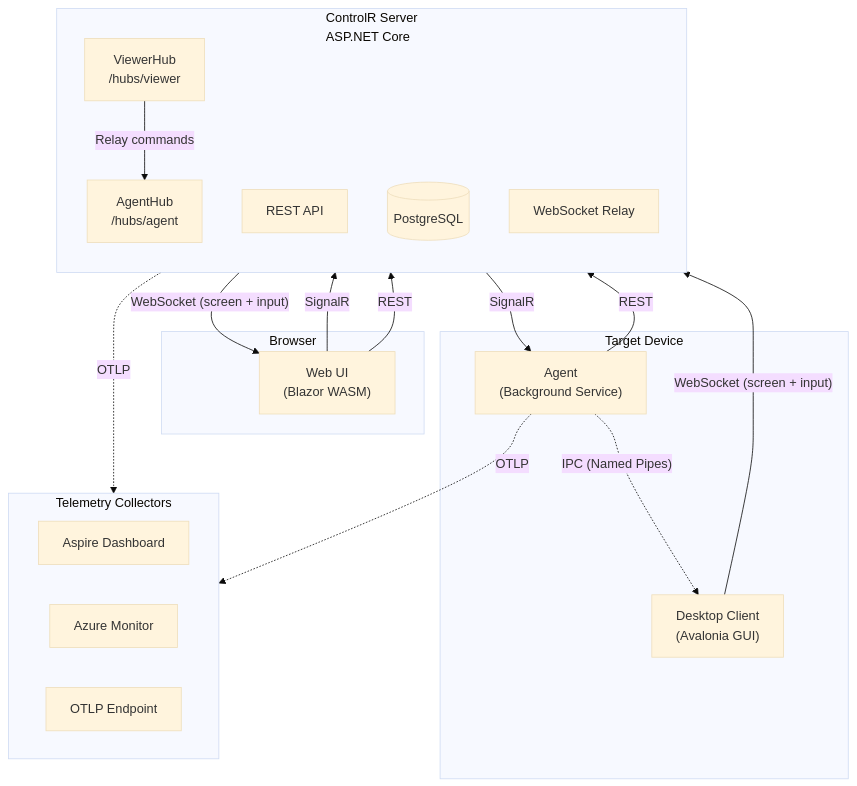
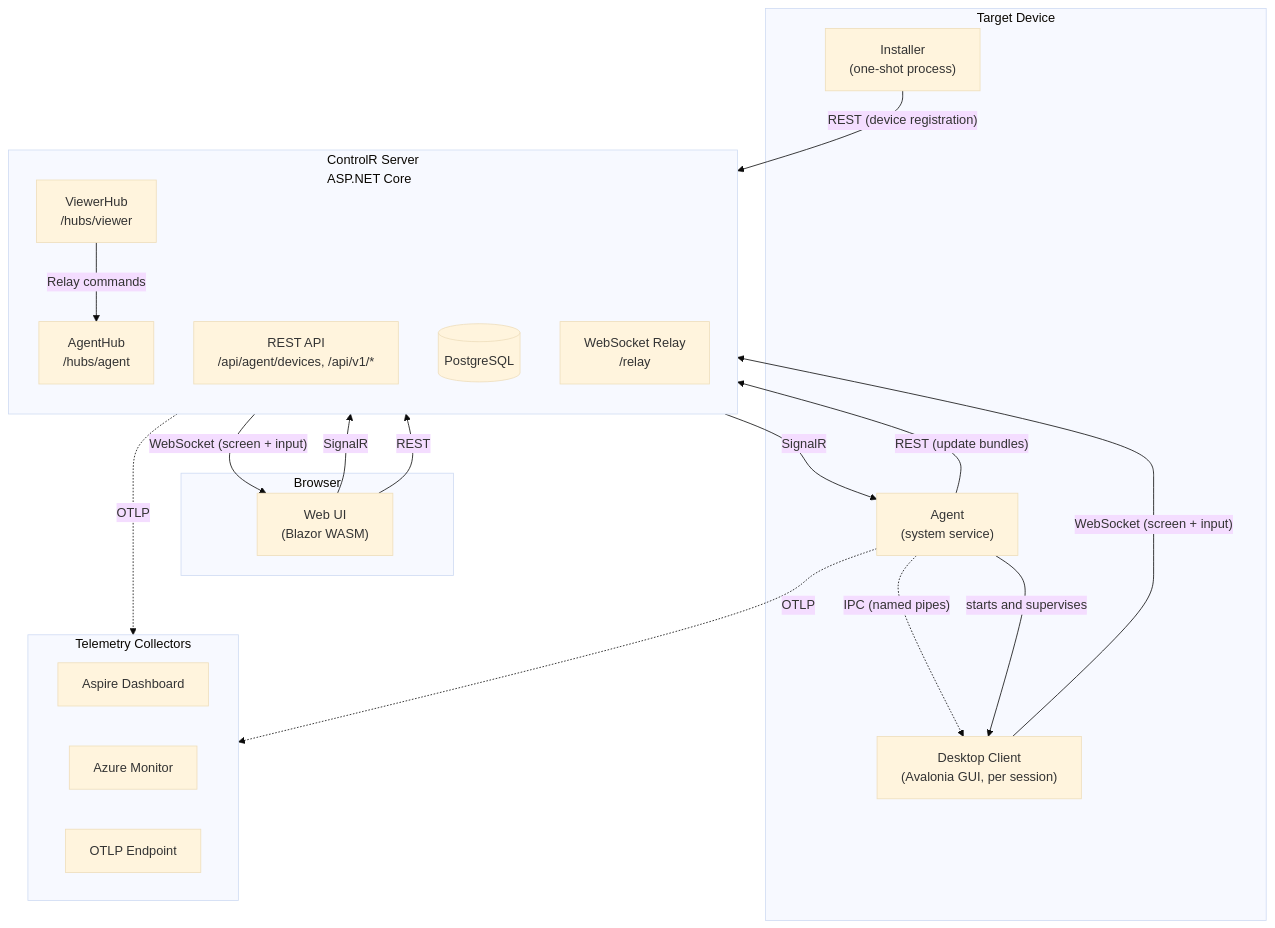
The second of 2 diagrams in docs/architecture.md (bitbound/controlr-docs), drawn with Mermaid (base theme) before and after one commit. The commit also changed other lines of this file and 52 other files, not shown here.

````diff
--- a/docs/architecture.md
+++ b/docs/architecture.md
@@ -20,40 +22,43 @@
 ```mermaid
 flowchart TD
     subgraph Browser["Browser"]
         Viewer["Web UI<br/>(Blazor WASM)"]
     end
 
     subgraph Server["ControlR Server<br/>ASP.NET Core"]
         direction TB
         VHub["ViewerHub<br/>/hubs/viewer"]
         AHub["AgentHub<br/>/hubs/agent"]
-        REST["REST API"]
+        REST["REST API<br/>/api/agent/devices, /api/v1/*"]
         DB[("PostgreSQL")]
-        Relay["WebSocket Relay"]
+        Relay["WebSocket Relay<br/>/relay"]
     end
 
     subgraph Device["Target Device"]
-        Agent["Agent<br/>(Background Service)"]
-        Desktop["Desktop Client<br/>(Avalonia GUI)"]
+        Agent["Agent<br/>(system service)"]
+        Installer["Installer<br/>(one-shot process)"]
+        Desktop["Desktop Client<br/>(Avalonia GUI, per session)"]
 
-        Agent -.->|"IPC (Named Pipes)"| Desktop
+        Agent -.->|"IPC (named pipes)"| Desktop
     end
 
     subgraph Telemetry["Telemetry Collectors"]
         Aspire["Aspire Dashboard"]
         Azure["Azure Monitor"]
         OTLP["OTLP Endpoint"]
     end
 
     Viewer -->|"SignalR"| VHub
     Viewer -->|"REST"| REST
     VHub -->|"Relay commands"| AHub
     AHub -->|"SignalR"| Agent
-    Agent -->|"REST"| REST
+    Agent -->|"REST (update bundles)"| REST
+    Installer -->|"REST (device registration)"| REST
+    Agent -->|starts and supervises| Desktop
 
     Desktop -->|"WebSocket (screen + input)"| Relay
     Relay -->|"WebSocket (screen + input)"| Viewer
 
     Agent -.->|"OTLP"| Telemetry
     Server -.->|"OTLP"| Telemetry
 ```
````
